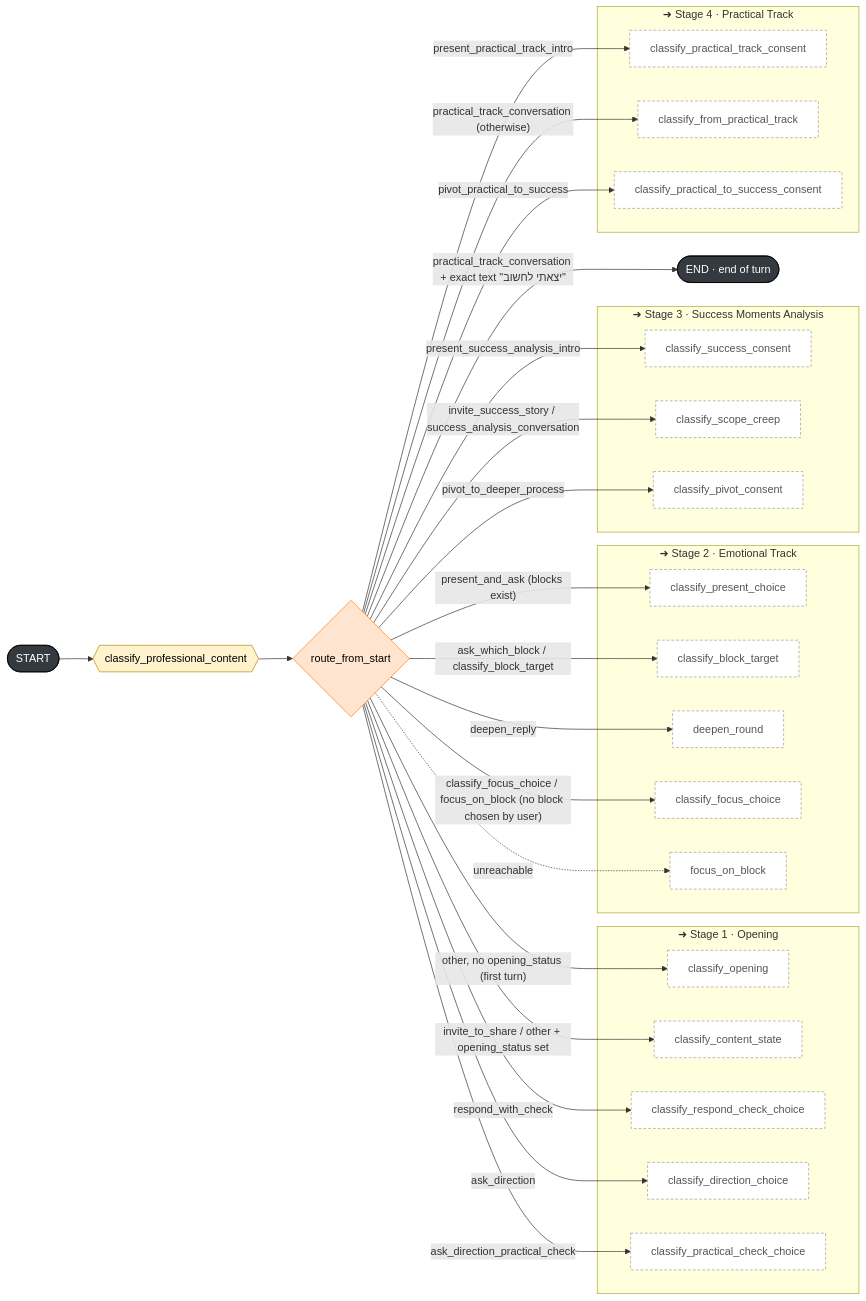
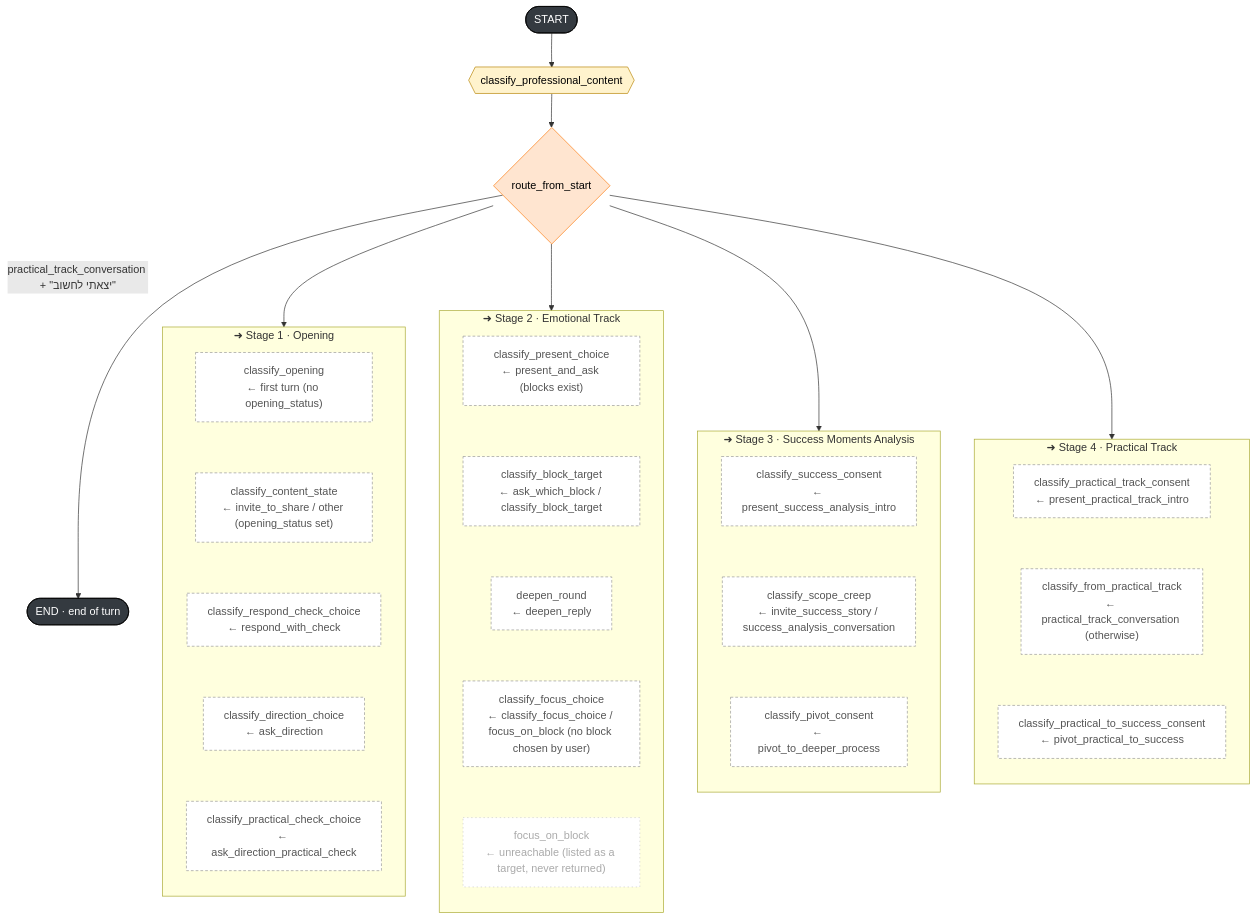
One commit to amirdrorproject/awareness changed the first of 5 diagrams in README.md. Above: the diagram before and after it, drawn with Mermaid. The commit also changed other lines of this file, not shown here.

````diff
--- a/README.md
+++ b/README.md
@@ -28,65 +28,63 @@
 ```mermaid
-flowchart LR
+flowchart TD
   START_NODE(["START"])
   END_NODE(["END · end of turn"])
   classify_professional_content{{"classify_professional_content"}}
   route_from_start{"route_from_start"}
 
   START_NODE --> classify_professional_content --> route_from_start
 
   subgraph R1["➜ Stage 1 · Opening"]
-    ref_classify_opening["classify_opening"]
-    ref_classify_content_state["classify_content_state"]
-    ref_classify_respond_check_choice["classify_respond_check_choice"]
-    ref_classify_direction_choice["classify_direction_choice"]
-    ref_classify_practical_check_choice["classify_practical_check_choice"]
-  end
-  subgraph R2["➜ Stage 2 · Emotional Track"]
-    ref_classify_present_choice["classify_present_choice"]
-    ref_classify_block_target["classify_block_target"]
-    ref_deepen_round["deepen_round"]
-    ref_classify_focus_choice["classify_focus_choice"]
-    ref_focus_on_block["focus_on_block"]
-  end
-  subgraph R3["➜ Stage 3 · Success Moments Analysis"]
-    ref_classify_success_consent["classify_success_consent"]
-    ref_classify_scope_creep["classify_scope_creep"]
-    ref_classify_pivot_consent["classify_pivot_consent"]
-  end
-  subgraph R4["➜ Stage 4 · Practical Track"]
-    ref_classify_practical_track_consent["classify_practical_track_consent"]
-    ref_classify_from_practical_track["classify_from_practical_track"]
-    ref_classify_practical_to_success_consent["classify_practical_to_success_consent"]
+    direction TB
+    ref_classify_opening["classify_opening<br/>← first turn (no opening_status)"]
+    ref_classify_content_state["classify_content_state<br/>← invite_to_share / other (opening_status set)"]
+    ref_classify_respond_check_choice["classify_respond_check_choice<br/>← respond_with_check"]
+    ref_classify_direction_choice["classify_direction_choice<br/>← ask_direction"]
+    ref_classify_practical_check_choice["classify_practical_check_choice<br/>← ask_direction_practical_check"]
+    ref_classify_opening ~~~ ref_classify_content_state ~~~ ref_classify_respond_check_choice ~~~ ref_classify_direction_choice ~~~ ref_classify_practical_check_choice
   end
 
-  route_from_start -->|"other, no opening_status (first turn)"| ref_classify_opening
-  route_from_start -->|"invite_to_share / other + opening_status set"| ref_classify_content_state
-  route_from_start -->|"respond_with_check"| ref_classify_respond_check_choice
-  route_from_start -->|"ask_direction"| ref_classify_direction_choice
-  route_from_start -->|"ask_direction_practical_check"| ref_classify_practical_check_choice
+  subgraph R2["➜ Stage 2 · Emotional Track"]
+    direction TB
+    ref_classify_present_choice["classify_present_choice<br/>← present_and_ask (blocks exist)"]
+    ref_classify_block_target["classify_block_target<br/>← ask_which_block / classify_block_target"]
+    ref_deepen_round["deepen_round<br/>← deepen_reply"]
+    ref_classify_focus_choice["classify_focus_choice<br/>← classify_focus_choice / focus_on_block (no block chosen by user)"]
+    ref_focus_on_block["focus_on_block<br/>← unreachable (listed as a target, never returned)"]
+    ref_classify_present_choice ~~~ ref_classify_block_target ~~~ ref_deepen_round ~~~ ref_classify_focus_choice ~~~ ref_focus_on_block
+  end
 
-  route_from_start -->|"present_and_ask (blocks exist)"| ref_classify_present_choice
-  route_from_start -->|"ask_which_block / classify_block_target"| ref_classify_block_target
-  route_from_start -->|"deepen_reply"| ref_deepen_round
-  route_from_start -->|"classify_focus_choice / focus_on_block (no block chosen by user)"| ref_classify_focus_choice
-  route_from_start -.->|"unreachable"| ref_focus_on_block
+  subgraph R3["➜ Stage 3 · Success Moments Analysis"]
+    direction TB
+    ref_classify_success_consent["classify_success_consent<br/>← present_success_analysis_intro"]
+    ref_classify_scope_creep["classify_scope_creep<br/>← invite_success_story / success_analysis_conversation"]
+    ref_classify_pivot_consent["classify_pivot_consent<br/>← pivot_to_deeper_process"]
+    ref_classify_success_consent ~~~ ref_classify_scope_creep ~~~ ref_classify_pivot_consent
+  end
 
-  route_from_start -->|"present_success_analysis_intro"| ref_classify_success_consent
-  route_from_start -->|"invite_success_story / success_analysis_conversation"| ref_classify_scope_creep
-  route_from_start -->|"pivot_to_deeper_process"| ref_classify_pivot_consent
+  subgraph R4["➜ Stage 4 · Practical Track"]
+    direction TB
+    ref_classify_practical_track_consent["classify_practical_track_consent<br/>← present_practical_track_intro"]
+    ref_classify_from_practical_track["classify_from_practical_track<br/>← practical_track_conversation (otherwise)"]
+    ref_classify_practical_to_success_consent["classify_practical_to_success_consent<br/>← pivot_practical_to_success"]
+    ref_classify_practical_track_consent ~~~ ref_classify_from_practical_track ~~~ ref_classify_practical_to_success_consent
+  end
 
-  route_from_start -->|"present_practical_track_intro"| ref_classify_practical_track_consent
-  route_from_start -->|"practical_track_conversation (otherwise)"| ref_classify_from_practical_track
-  route_from_start -->|"pivot_practical_to_success"| ref_classify_practical_to_success_consent
-  route_from_start -->|"practical_track_conversation + exact text #quot;יצאתי לחשוב#quot;"| END_NODE
+  route_from_start --> R1
+  route_from_start --> R2
+  route_from_start --> R3
+  route_from_start --> R4
+  route_from_start -->|"practical_track_conversation + #quot;יצאתי לחשוב#quot;"| END_NODE
 
   classDef classify fill:#fff3cd,stroke:#b8860b,color:#000
   classDef router fill:#ffe5d0,stroke:#fd7e14,color:#000
   classDef terminal fill:#343a40,stroke:#000,color:#fff
   classDef ref fill:#fff,stroke:#999,stroke-dasharray:4 3,color:#555
+  classDef unreachable fill:#fff,stroke:#ccc,stroke-dasharray:2 4,color:#aaa
 
   class classify_professional_content classify
   class route_from_start router
   class START_NODE,END_NODE terminal
-  class ref_classify_opening,ref_classify_content_state,ref_classify_respond_check_choice,ref_classify_direction_choice,ref_classify_practical_check_choice,ref_classify_present_choice,ref_classify_block_target,ref_deepen_round,ref_classify_focus_choice,ref_focus_on_block,ref_classify_success_consent,ref_classify_scope_creep,ref_classify_pivot_consent,ref_classify_practical_track_consent,ref_classify_from_practical_track,ref_classify_practical_to_success_consent ref
+  class ref_classify_opening,ref_classify_content_state,ref_classify_respond_check_choice,ref_classify_direction_choice,ref_classify_practical_check_choice,ref_classify_present_choice,ref_classify_block_target,ref_deepen_round,ref_classify_focus_choice,ref_classify_success_consent,ref_classify_scope_creep,ref_classify_pivot_consent,ref_classify_practical_track_consent,ref_classify_from_practical_track,ref_classify_practical_to_success_consent ref
+  class ref_focus_on_block unreachable
 ```
````
